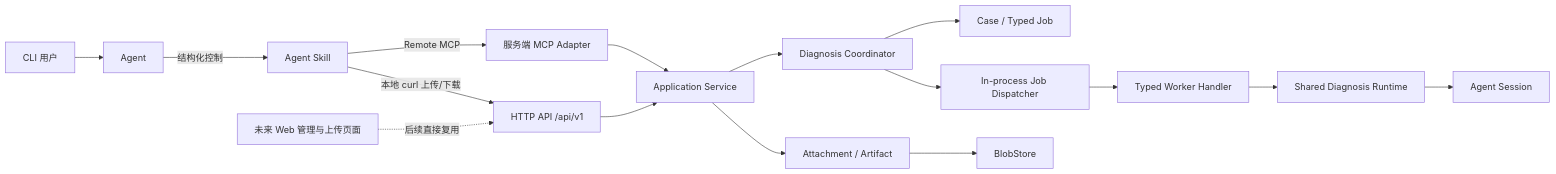
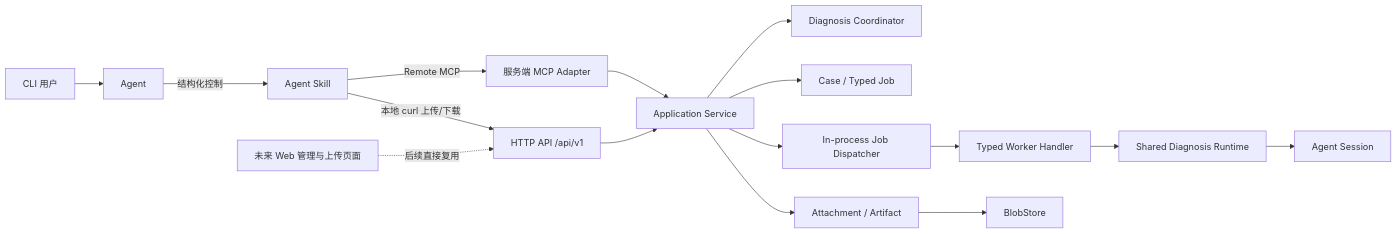
One commit to superdong1992/xiaodao changed the first of 3 diagrams in design/v1-agent-access-and-file-transfer.md. Above: the diagram before and after it, drawn with Mermaid. The commit also changed other lines of this file and 4 other files, not shown here.

Commit message:
docs: add reviewed diagnosis architecture flows

````diff
--- a/design/v1-agent-access-and-file-transfer.md
+++ b/design/v1-agent-access-and-file-transfer.md
@@ -47,20 +48,20 @@
 ```mermaid
 flowchart LR
     User["CLI 用户"] --> Agent["Agent"]
     Agent -->|"结构化控制"| Skill["Agent Skill"]
     Skill -->|"Remote MCP"| MCP["服务端 MCP Adapter"]
     Skill -->|"本地 curl 上传/下载"| HTTP["HTTP API /api/v1"]
 
     Web["未来 Web 管理与上传页面"] -.->|"后续直接复用"| HTTP
 
     MCP --> App["Application Service"]
     HTTP --> App
     App --> Coordinator["Diagnosis Coordinator"]
-    Coordinator --> Case["Case / Typed Job"]
-    Coordinator --> Dispatcher["In-process Job Dispatcher"]
+    App --> Case["Case / Typed Job"]
+    App --> Dispatcher["In-process Job Dispatcher"]
     Dispatcher --> Worker["Typed Worker Handler"]
     App --> Attachment["Attachment / Artifact"]
     Worker --> Runtime["Shared Diagnosis Runtime"]
     Runtime --> Session["Agent Session"]
     Attachment --> Blob["BlobStore"]
 ```
````
